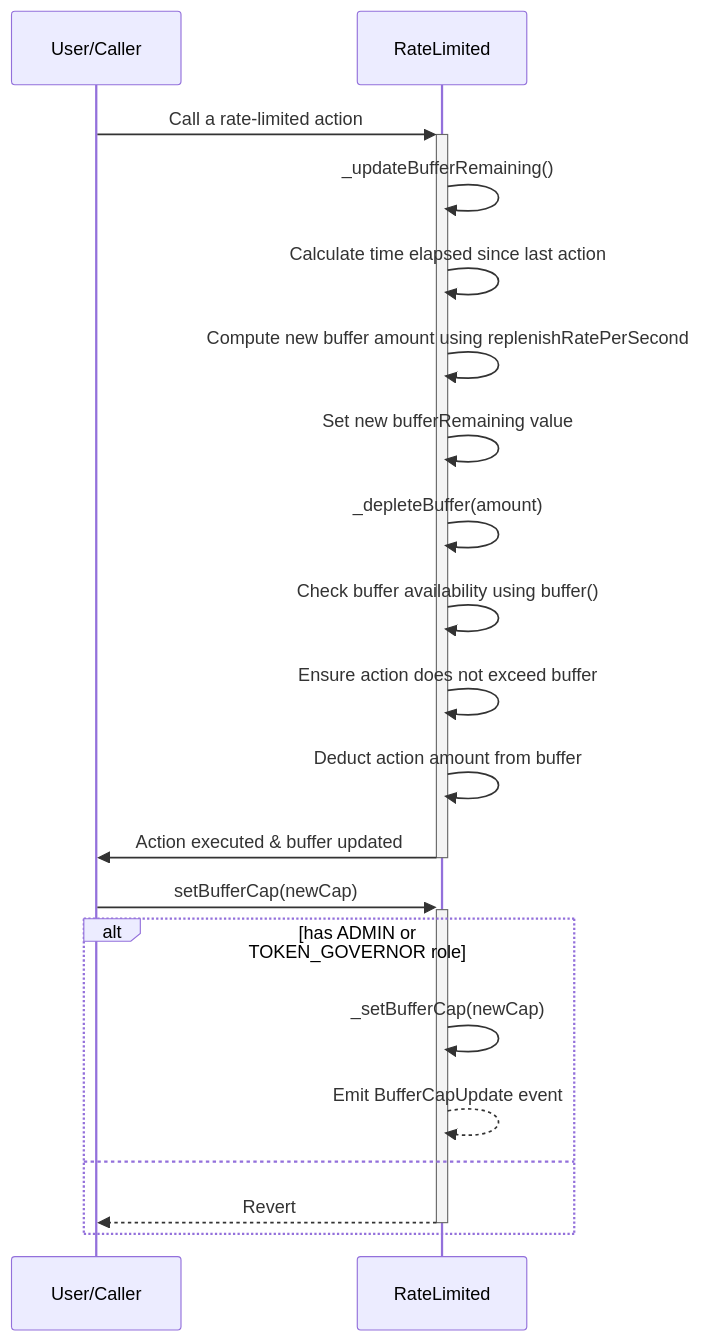
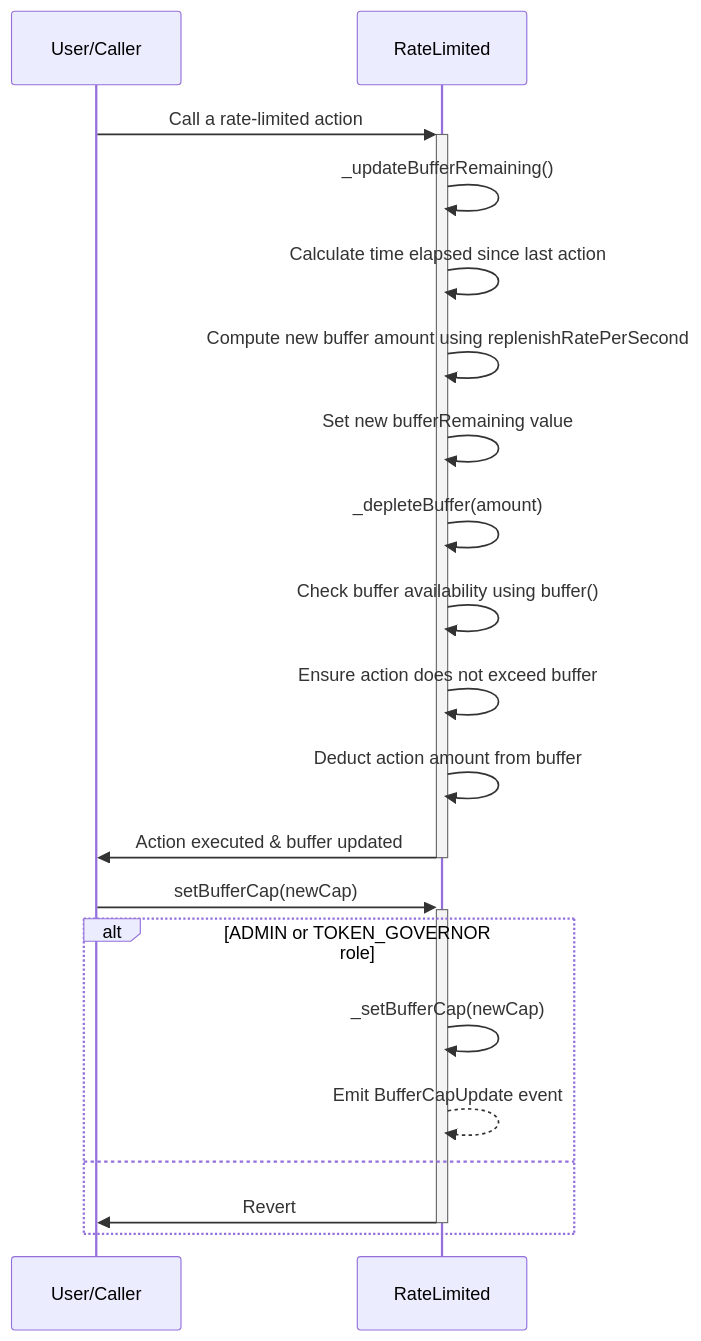
Before and after one commit to ZTX-Foundation/tuxedo: the second of 2 diagrams in doc/contracts/utils/extensions/RateLimited.md, drawn with Mermaid. The commit also changed 17 other files, not shown here.

````diff
--- a/doc/contracts/utils/extensions/RateLimited.md
+++ b/doc/contracts/utils/extensions/RateLimited.md
@@ -19,26 +19,26 @@
 ```mermaid
 sequenceDiagram
     participant User as User/Caller
     participant RateLimited as RateLimited
 
     User->>+RateLimited: Call a rate-limited action
     RateLimited->>RateLimited: _updateBufferRemaining()
     RateLimited->>RateLimited: Calculate time elapsed since last action
     RateLimited->>RateLimited: Compute new buffer amount using replenishRatePerSecond
     RateLimited->>RateLimited: Set new bufferRemaining value
 
     RateLimited->>RateLimited: _depleteBuffer(amount)
     RateLimited->>RateLimited: Check buffer availability using buffer()
     RateLimited->>RateLimited: Ensure action does not exceed buffer
     RateLimited->>RateLimited: Deduct action amount from buffer
 
     RateLimited->>-User: Action executed & buffer updated
     
     User->>+RateLimited: setBufferCap(newCap)
-    alt has ADMIN or TOKEN_GOVERNOR role
+    alt ADMIN or TOKEN_GOVERNOR role
         RateLimited->>RateLimited: _setBufferCap(newCap)
         RateLimited-->>RateLimited: Emit BufferCapUpdate event
     else
-        RateLimited-->>-User: Revert
+        RateLimited->>-User: Revert
     end
 ```
````
